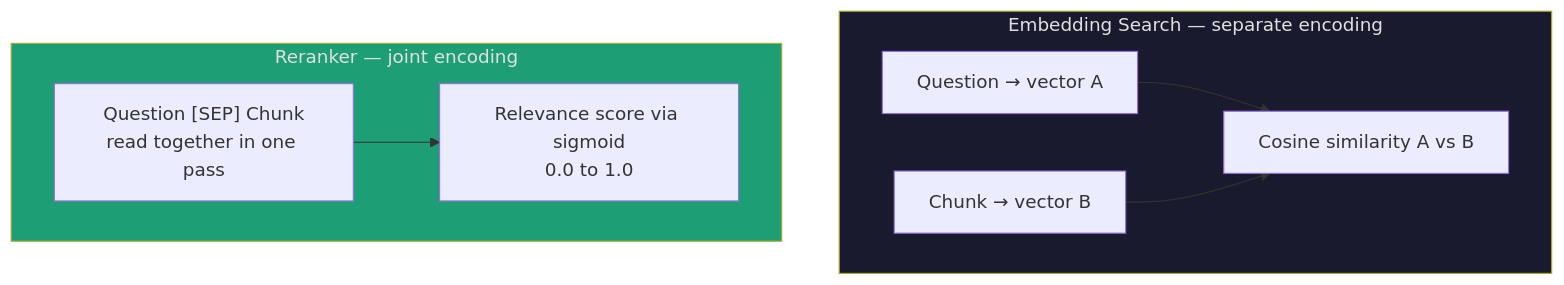
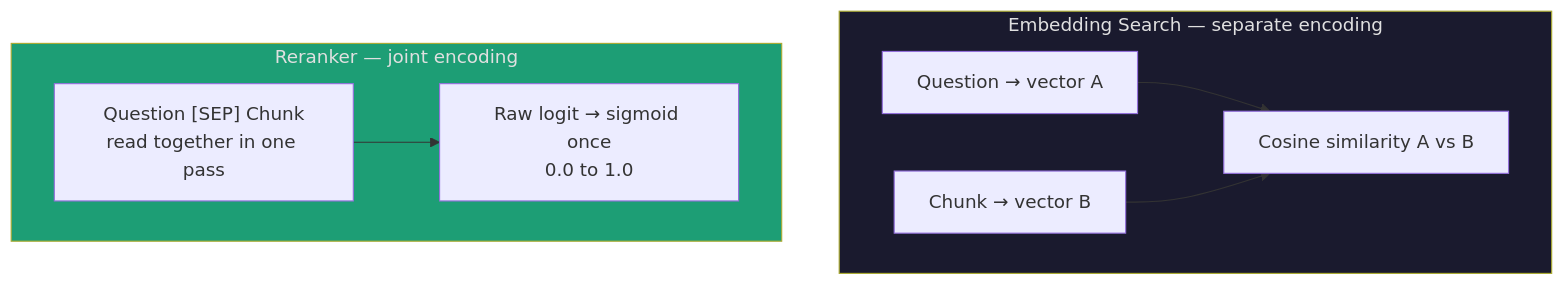
One commit to ishwaryaaaaaaaaa/LexAI changed the fourth of 5 diagrams in README.md. Above: the diagram before and after it, drawn with Mermaid. The commit also changed other lines of this file and 2 other files, not shown here.

````diff
--- a/README.md
+++ b/README.md
@@ -145,19 +150,19 @@
 ```mermaid
 flowchart TD
     subgraph OLD ["Embedding Search — separate encoding"]
         QV[Question → vector A]
         CV[Chunk → vector B]
         COS[Cosine similarity A vs B]
         QV --> COS
         CV --> COS
     end
 
     subgraph NEW ["Reranker — joint encoding"]
         JOINT["Question [SEP] Chunk\nread together in one pass"]
-        SCORE[Relevance score via sigmoid\n0.0 to 1.0]
+        SCORE[Raw logit → sigmoid once\n0.0 to 1.0]
         JOINT --> SCORE
     end
 
     style OLD fill:#1a1a2e,color:#e0e0e0
     style NEW fill:#1d9e75,color:#e0e0e0
 ```
````
